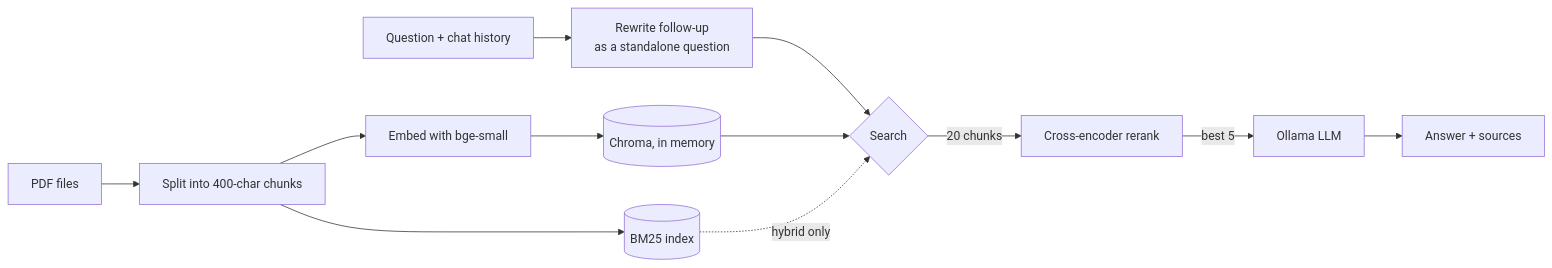
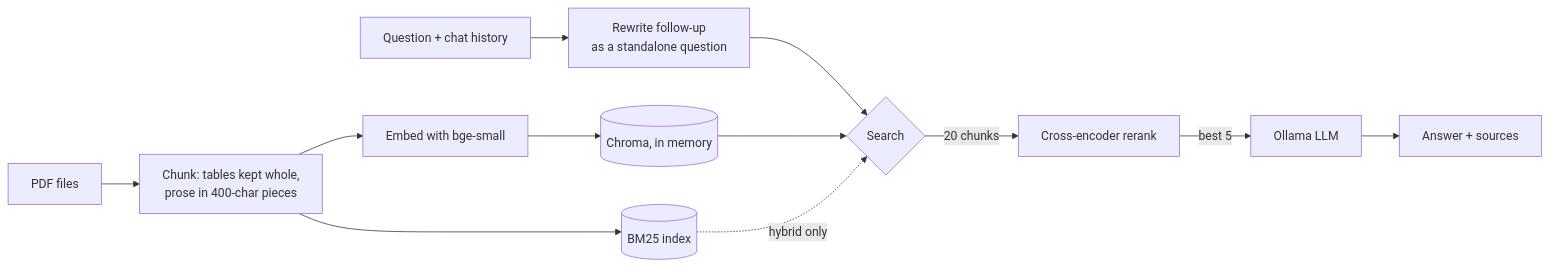
The diagram in README.md (sathvik8317/ChatPDF-AI-Powered-Document-Q-A-System), drawn with Mermaid before and after one commit. The commit also changed other lines of this file and 6 other files, not shown here.

````diff
--- a/README.md
+++ b/README.md
@@ -21,15 +22,15 @@
 ```mermaid
 flowchart LR
-    PDF[PDF files] --> Split[Split into 400-char chunks]
+    PDF[PDF files] --> Split[Chunk: tables kept whole,<br/>prose in 400-char pieces]
     Split --> Embed[Embed with bge-small]
     Embed --> Chroma[(Chroma, in memory)]
     Split --> BM25[(BM25 index)]
 
     Q[Question + chat history] --> Rewrite[Rewrite follow-up<br/>as a standalone question]
     Rewrite --> Search{Search}
     Chroma --> Search
     BM25 -. hybrid only .-> Search
     Search -->|20 chunks| Rerank[Cross-encoder rerank]
     Rerank -->|best 5| LLM[Ollama LLM]
     LLM --> A[Answer + sources]
 ```
````
